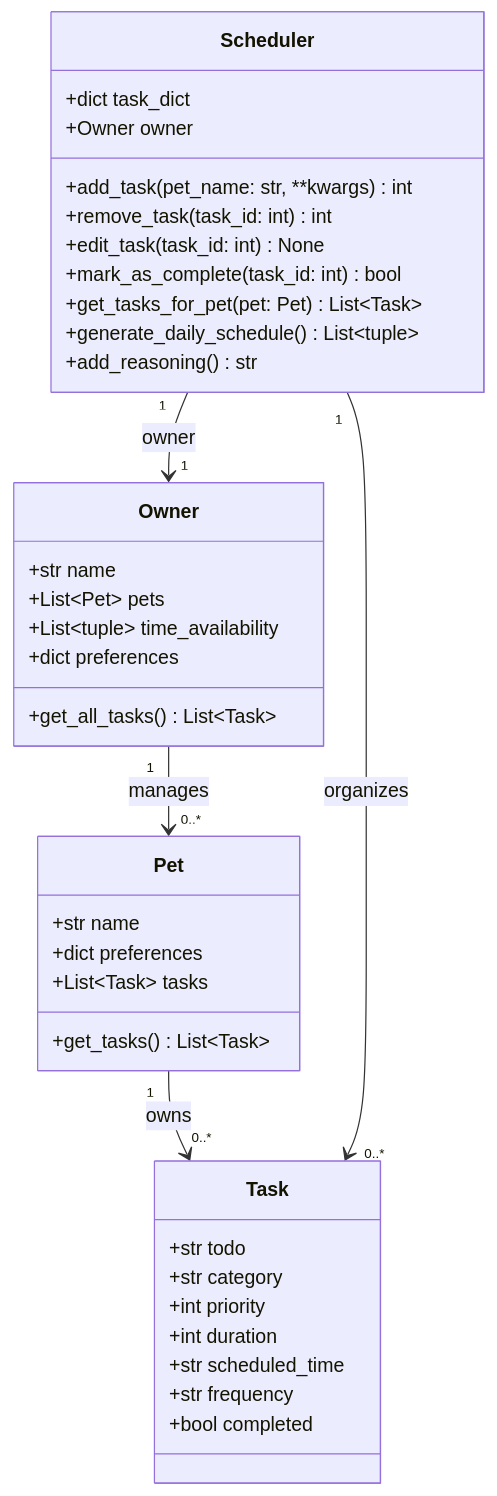
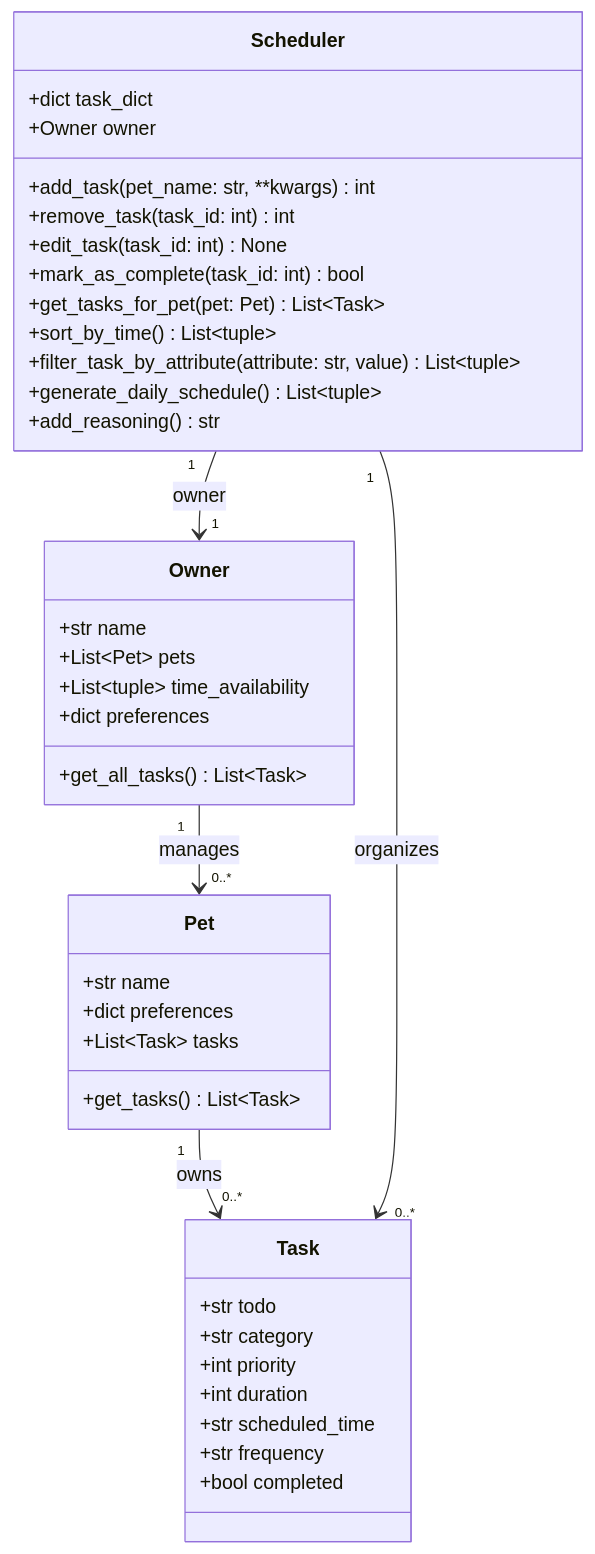
Before and after one commit to Jhewu/ai110-module2show-pawpal-starter: the diagram in specs.md, drawn with Mermaid. The commit also changed other lines of this file and 1 other file, not shown here.

````diff
--- a/specs.md
+++ b/specs.md
@@ -96,44 +104,46 @@
 ```mermaid
 classDiagram
     class Task {
         +str todo
         +str category
         +int priority
         +int duration
         +str scheduled_time
         +str frequency
         +bool completed
     }
 
     class Pet {
         +str name
         +dict preferences
         +List~Task~ tasks
         +get_tasks() List~Task~
     }
 
     class Owner {
         +str name
         +List~Pet~ pets
         +List~tuple~ time_availability
         +dict preferences
         +get_all_tasks() List~Task~
     }
 
     class Scheduler {
         +dict task_dict
         +Owner owner
         +add_task(pet_name: str, **kwargs) int
         +remove_task(task_id: int) int
         +edit_task(task_id: int) None
         +mark_as_complete(task_id: int) bool
         +get_tasks_for_pet(pet: Pet) List~Task~
+        +sort_by_time() List~tuple~
+        +filter_task_by_attribute(attribute: str, value) List~tuple~
         +generate_daily_schedule() List~tuple~
         +add_reasoning() str
     }
 
     Owner "1" --> "0..*" Pet : manages
     Pet "1" --> "0..*" Task : owns
     Scheduler "1" --> "1" Owner : owner
     Scheduler "1" --> "0..*" Task : organizes
 ```
````
